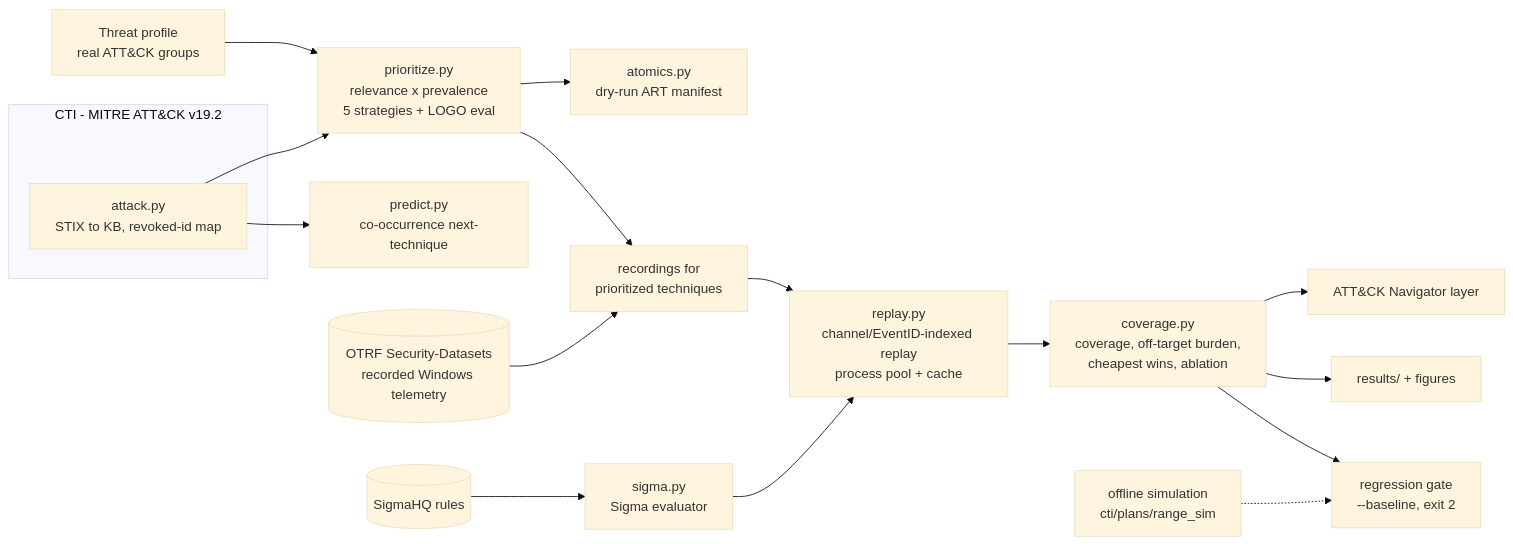
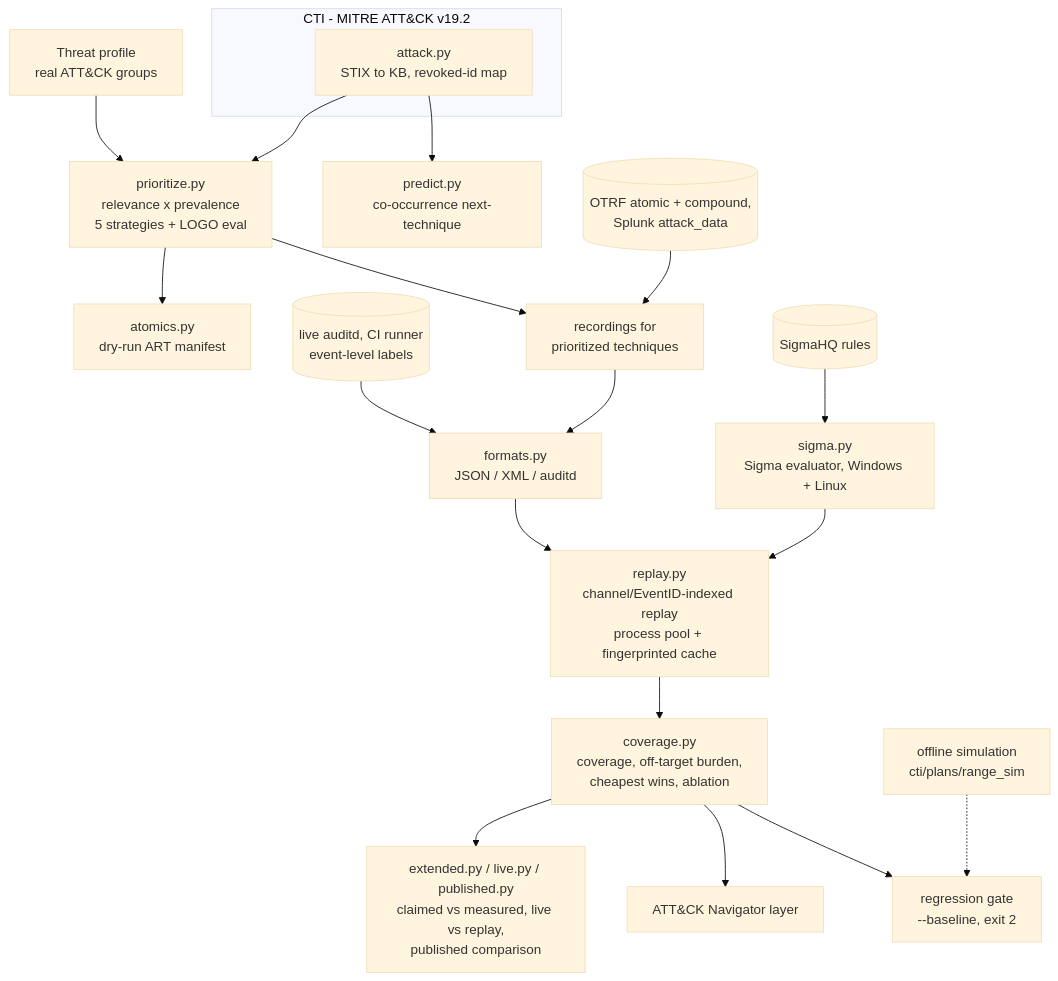
The diagram in README.md (rakshit-737/gauntlet), drawn with Mermaid (base theme) before and after one commit. The commit also changed other lines of this file and 14 other files, not shown here.

````diff
--- a/README.md
+++ b/README.md
@@ -72,20 +83,22 @@
 ```mermaid
-flowchart LR
+flowchart TB
   subgraph CTI["CTI - MITRE ATT&CK v19.2"]
     KB["attack.py<br/>STIX to KB, revoked-id map"]
   end
   TP["Threat profile<br/>real ATT&CK groups"] --> PR
   KB --> PR["prioritize.py<br/>relevance x prevalence<br/>5 strategies + LOGO eval"]
   KB --> PRED["predict.py<br/>co-occurrence next-technique"]
   PR --> PLAN["atomics.py<br/>dry-run ART manifest"]
   PR --> SEL["recordings for<br/>prioritized techniques"]
-  OTRF[("OTRF Security-Datasets<br/>recorded Windows telemetry")] --> SEL
-  SEL --> RP["replay.py<br/>channel/EventID-indexed replay<br/>process pool + cache"]
-  SIG[("SigmaHQ rules")] --> SE["sigma.py<br/>Sigma evaluator"]
+  REC[("OTRF atomic + compound,<br/>Splunk attack_data")] --> SEL
+  LIVE[("live auditd, CI runner<br/>event-level labels")] --> FMT["formats.py<br/>JSON / XML / auditd"]
+  SEL --> FMT
+  FMT --> RP["replay.py<br/>channel/EventID-indexed replay<br/>process pool + fingerprinted cache"]
+  SIG[("SigmaHQ rules")] --> SE["sigma.py<br/>Sigma evaluator, Windows + Linux"]
   SE --> RP
   RP --> COV["coverage.py<br/>coverage, off-target burden,<br/>cheapest wins, ablation"]
+  COV --> EXT["extended.py / live.py / published.py<br/>claimed vs measured, live vs replay,<br/>published comparison"]
   COV --> NAV["ATT&CK Navigator layer"]
-  COV --> REP["results/ + figures"]
   COV --> REG["regression gate<br/>--baseline, exit 2"]
   SIM["offline simulation<br/>cti/plans/range_sim"] -.-> REG
 ```
````
